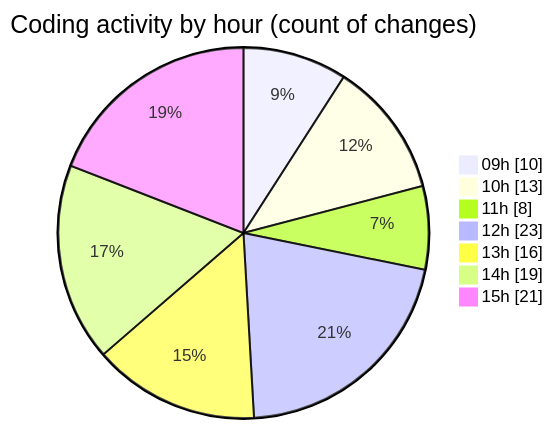
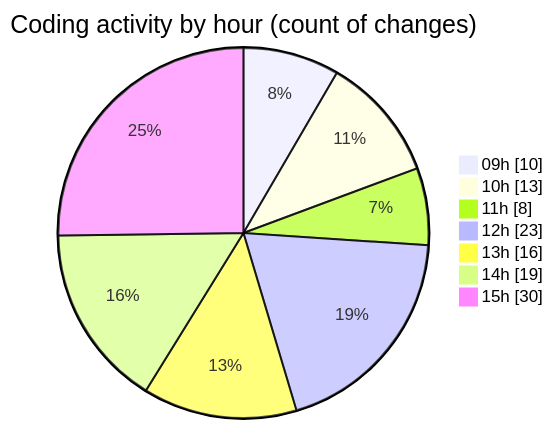
Before and after one commit to momahboobian/code-tracking: the second of 2 diagrams in 2025-03-07/cda/README.md, drawn with Mermaid. The commit also changed other lines of this file and 1 other file, not shown here.

````diff
--- a/2025-03-07/cda/README.md
+++ b/2025-03-07/cda/README.md
@@ -48,11 +48,11 @@
 ```mermaid
 pie showData
 title Coding activity by hour (count of changes)
 "09h" : 10
 "10h" : 13
 "11h" : 8
 "12h" : 23
 "13h" : 16
 "14h" : 19
-"15h" : 21
+"15h" : 30
 ```
````
